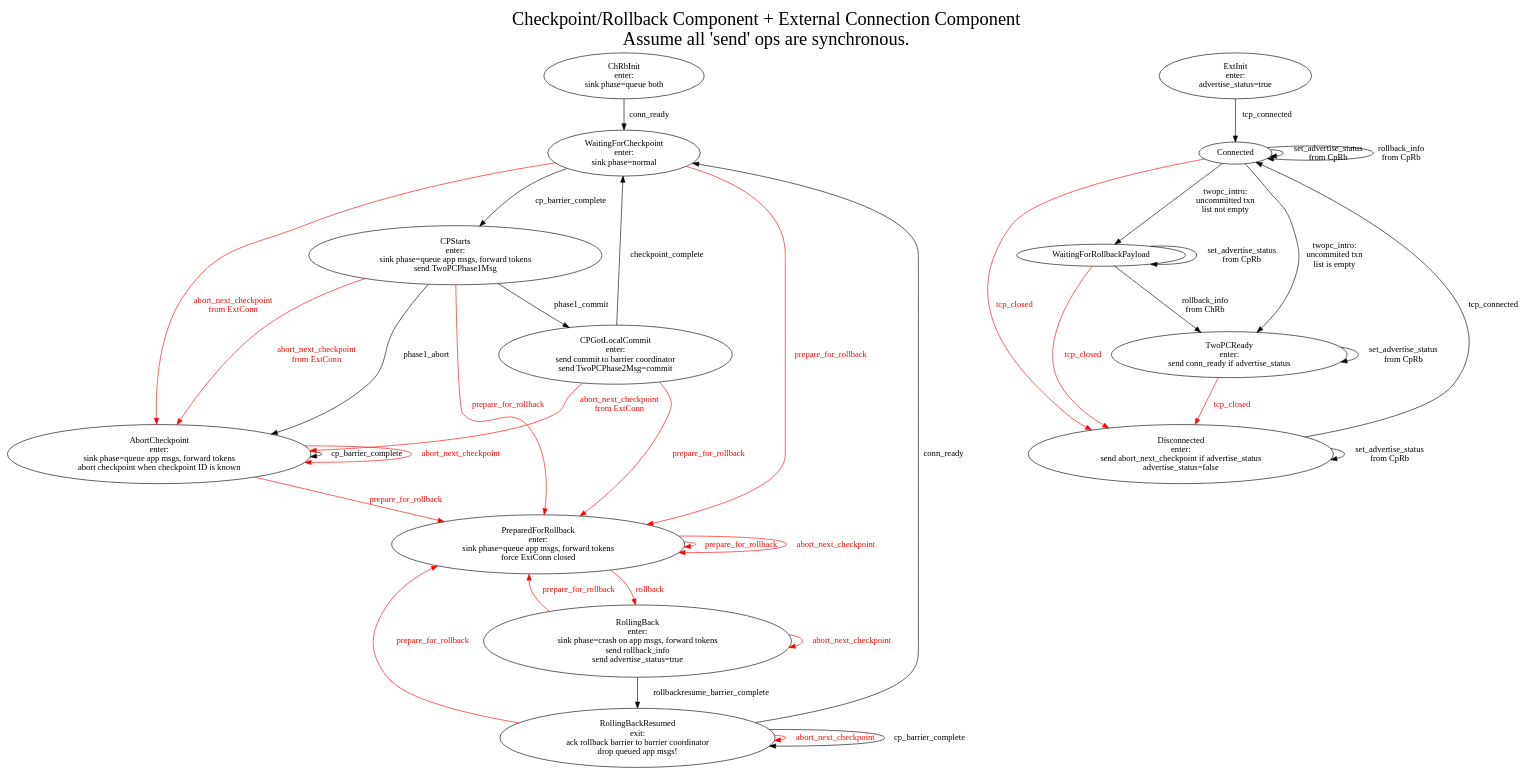
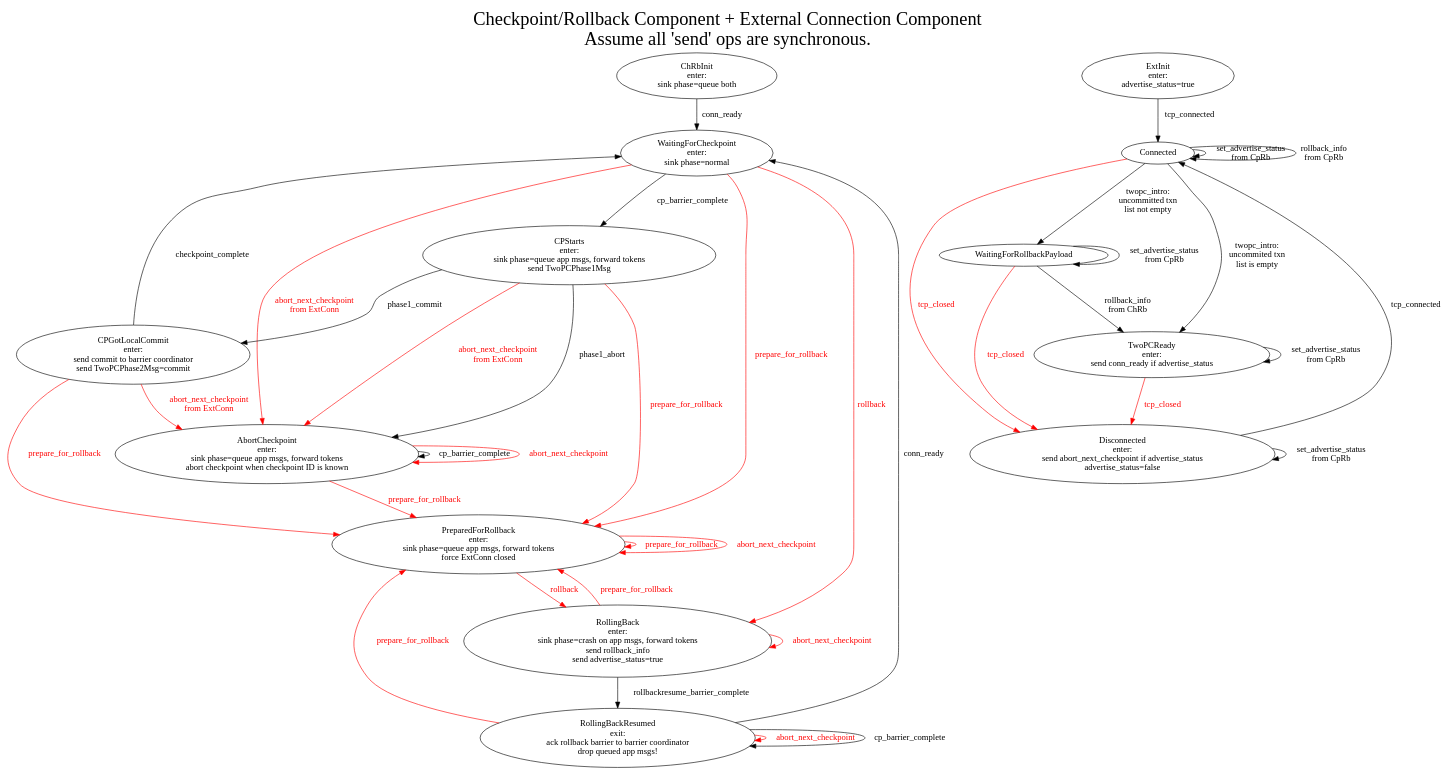
The diagram in lib/wallaroo/core/sink/connector_sink/connector-sink-2pc-management.dot (WallarooLabs/wally), drawn with Graphviz before and after one commit. The commit also changed 1 other file, not shown here.

Commit message:
WIP: Add Init -> RollingBack transition on rollback

```diff
--- a/lib/wallaroo/core/sink/connector_sink/connector-sink-2pc-management.dot
+++ b/lib/wallaroo/core/sink/connector_sink/connector-sink-2pc-management.dot
@@ -1,88 +1,89 @@
 digraph mashup {
     graph [label="Checkpoint/Rollback Component + External Connection Component\nAssume all 'send' ops are synchronous.",labelloc=t,fontsize=30];
 
     ## BEGIN LEFT
     subgraph checkpoint_rollback_component {
 	graph [label="SUB Checkpoint/Rollback Component",labelloc=t,fontsize=20];
 
 	// Subgraphs
 	subgraph init {
             ChRbInit [label="ChRbInit\nenter:\nsink phase=queue both"];
 	}
 	subgraph cp {
             WaitingForCheckpoint [label="WaitingForCheckpoint\nenter:\nsink phase=normal"];
             AbortCheckpoint [label="AbortCheckpoint\nenter:\nsink phase=queue app msgs, forward tokens\nabort checkpoint when checkpoint ID is known"];
 	}
 	subgraph sacp {
             CPStarts [label="CPStarts\nenter:\nsink phase=queue app msgs, forward tokens\nsend TwoPCPhase1Msg"];
             CPGotLocalCommit [label="CPGotLocalCommit\nenter:\nsend commit to barrier coordinator\nsend TwoPCPhase2Msg=commit"];
             // CPGotGlobalVote; // Can we remove this node?
 
             CPStarts -> CPGotLocalCommit [label="phase1_commit"];
             CPStarts -> AbortCheckpoint [label="phase1_abort"];
             CPGotLocalCommit -> WaitingForCheckpoint [label="checkpoint_complete"];
 	}
 	subgraph rollback {
             PreparedForRollback [label="PreparedForRollback\nenter:\nsink phase=queue app msgs, forward tokens\nforce ExtConn closed"];
             RollingBack [label="RollingBack\nenter:\nsink phase=crash on app msgs, forward tokens\nsend rollback_info\nsend advertise_status=true"];
             RollingBackResumed [label="RollingBackResumed\nexit:\nack rollback barrier to barrier coordinator\ndrop queued app msgs!"];
 
             PreparedForRollback -> PreparedForRollback [label="prepare_for_rollback",fontcolor=red,color=red];
 			PreparedForRollback -> PreparedForRollback [label="abort_next_checkpoint",fontcolor=red,color=red];
             PreparedForRollback -> RollingBack [label="rollback",fontcolor=red,color=red];
 	}
 
 	// Other Edges
 	ChRbInit -> WaitingForCheckpoint [label="conn_ready"];
 
 	WaitingForCheckpoint -> CPStarts [label="cp_barrier_complete"];
 	AbortCheckpoint -> AbortCheckpoint [label="cp_barrier_complete"];
 	AbortCheckpoint -> AbortCheckpoint [label="abort_next_checkpoint",fontcolor=red,color=red];
 
 	WaitingForCheckpoint -> PreparedForRollback [label="prepare_for_rollback",fontcolor=red,color=red];
 	AbortCheckpoint -> PreparedForRollback [label="prepare_for_rollback",fontcolor=red,color=red];
 	CPStarts -> PreparedForRollback [label="prepare_for_rollback",fontcolor=red,color=red];
 	CPGotLocalCommit -> PreparedForRollback [label="prepare_for_rollback",fontcolor=red,color=red];
 
 	WaitingForCheckpoint -> AbortCheckpoint [label="abort_next_checkpoint\nfrom ExtConn",fontcolor=red,color=red];
+	WaitingForCheckpoint -> RollingBack [label="rollback",fontcolor=red,color=red];
 	CPStarts -> AbortCheckpoint [label="abort_next_checkpoint\nfrom ExtConn",fontcolor=red,color=red];
 	CPGotLocalCommit -> AbortCheckpoint [label="abort_next_checkpoint\nfrom ExtConn",fontcolor=red,color=red];
 
 	RollingBack -> RollingBack [label="abort_next_checkpoint",fontcolor=red,color=red];
 	RollingBack -> RollingBackResumed [label="rollbackresume_barrier_complete"];
 	RollingBack -> PreparedForRollback [label="prepare_for_rollback",fontcolor=red,color=red];
 
 	RollingBackResumed -> RollingBackResumed [label="abort_next_checkpoint",fontcolor=red,color=red];
 	RollingBackResumed -> WaitingForCheckpoint [label="conn_ready"];
 	RollingBackResumed -> PreparedForRollback [label="prepare_for_rollback",fontcolor=red,color=red];
 	RollingBackResumed -> RollingBackResumed [label="cp_barrier_complete"];
     }
     ## END LEFT
 
     ## BEGIN RIGHT
     subgraph external_connection_component {
         graph [label="External Connection Component",labelloc=t,fontsize=30];
 
         ExtInit [label="ExtInit\nenter:\nadvertise_status=true"];
         ExtInit -> Connected [label="tcp_connected"];
         Connected -> Disconnected [label="tcp_closed",fontcolor=red,color=red];
         Connected -> Connected [label="set_advertise_status\nfrom CpRb"];
         Connected -> Connected [label="rollback_info\nfrom CpRb"];
         Disconnected [label="Disconnected\nenter:\nsend abort_next_checkpoint if advertise_status\nadvertise_status=false"];
         Disconnected -> Connected [label="tcp_connected"];
         Disconnected -> Disconnected [label="set_advertise_status\nfrom CpRb"];
         Connected -> WaitingForRollbackPayload [label="twopc_intro:\nuncommitted txn\nlist not empty"];
         Connected -> TwoPCReady [label="twopc_intro:\nuncommited txn\nlist is empty"];
         WaitingForRollbackPayload -> TwoPCReady [label="rollback_info\nfrom ChRb"];
         WaitingForRollbackPayload -> WaitingForRollbackPayload [label="set_advertise_status\nfrom CpRb"];
         WaitingForRollbackPayload -> Disconnected [label="tcp_closed",fontcolor=red,color=red];
 
         TwoPCReady [label="TwoPCReady\nenter:\nsend conn_ready if advertise_status"]
         TwoPCReady -> Disconnected [label="tcp_closed",fontcolor=red,color=red];
         TwoPCReady -> TwoPCReady [label="set_advertise_status\nfrom CpRb"]
     }
     # END RIGHT
 
     {rank=same; ChRbInit; ExtInit; };
     ## {rank=same; Disconnected; RollingBack; ; };
 }
```
